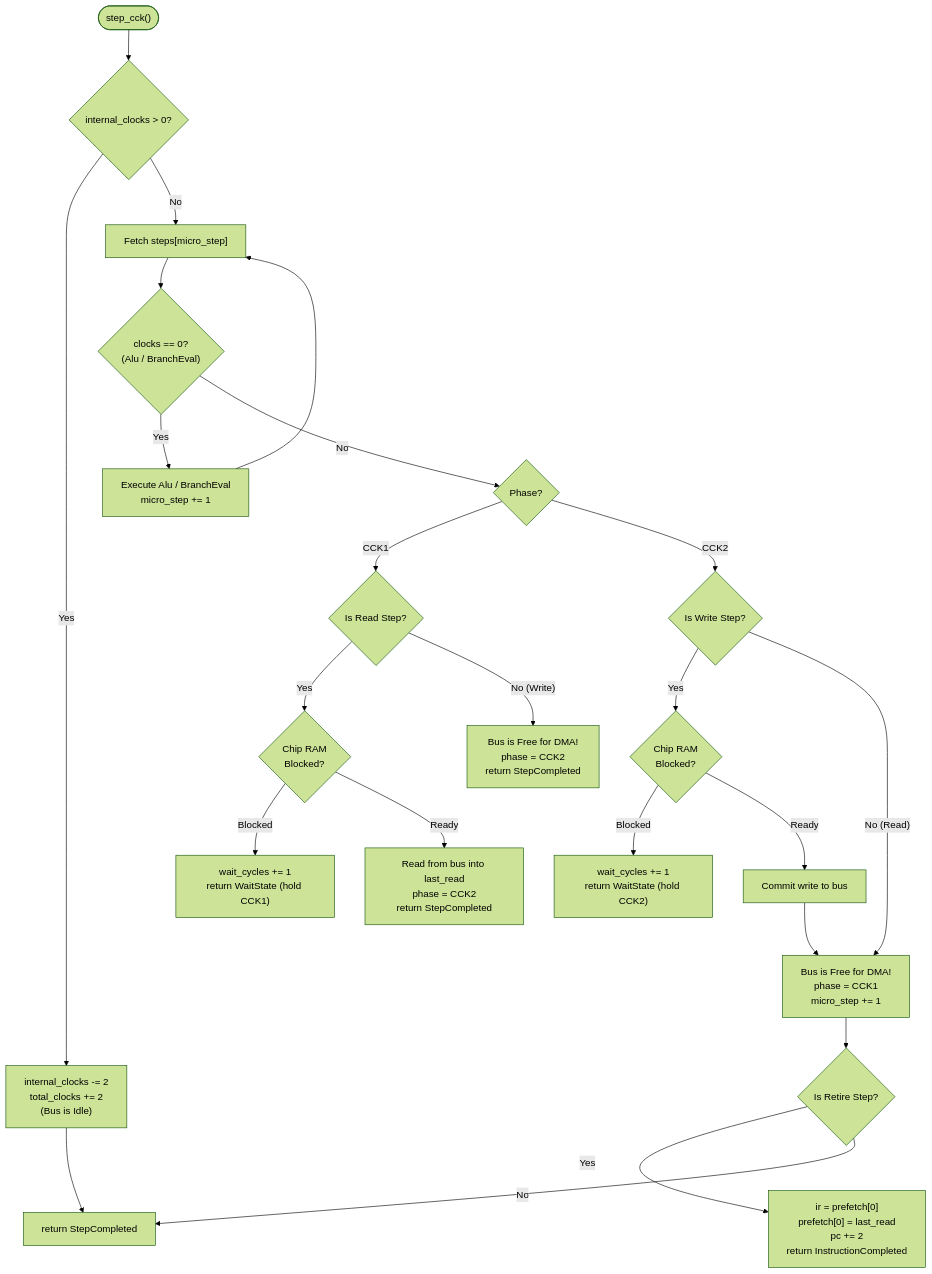
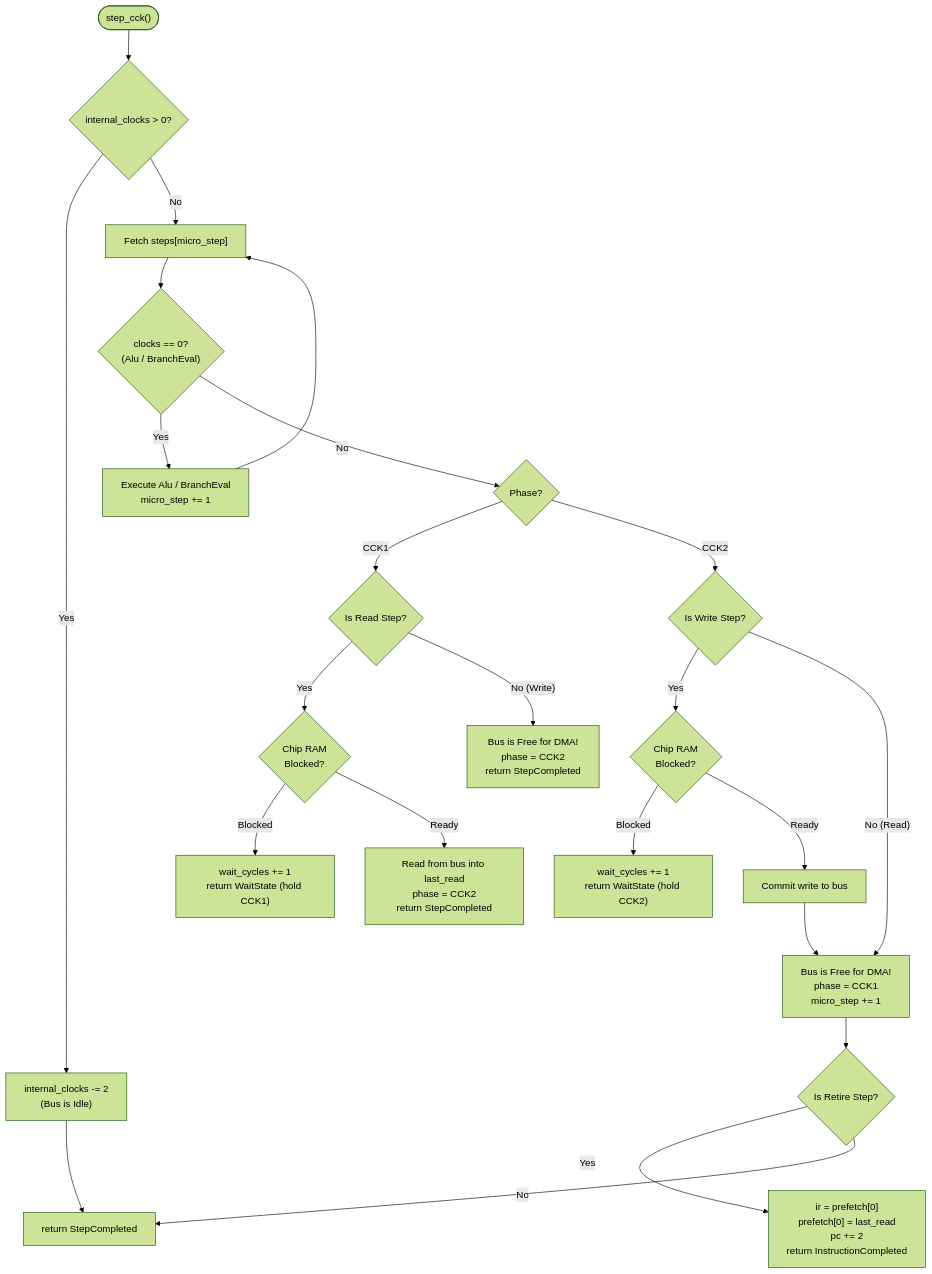
The fourth of 4 diagrams in Obsidian/Amiga/Design/CPU Micro-Step State Machine.md (tomek-anuszkiewicz/amiga-studio), drawn with Mermaid (forest theme) before and after one commit. The commit also changed 3 other files, not shown here.

Commit message:
feat: implement cycle-exact micro-step execution core and instruction dispatch architecture

````diff
--- a/Obsidian/Amiga/Design/CPU Micro-Step State Machine.md
+++ b/Obsidian/Amiga/Design/CPU Micro-Step State Machine.md
@@ -501,28 +501,28 @@
 ```mermaid
 flowchart TD
     Start(["step_cck()"]) --> CheckInternal{"internal_clocks > 0?"}
     
-    CheckInternal -- Yes --> DecClocks["internal_clocks -= 2<br/>total_clocks += 2<br/>(Bus is Idle)"] --> RetStep["return StepCompleted"]
+    CheckInternal -- Yes --> DecClocks["internal_clocks -= 2<br/>(Bus is Idle)"] --> RetStep["return StepCompleted"]
     CheckInternal -- No --> FetchStep["Fetch steps[micro_step]"]
     
     FetchStep --> IsZeroCycle{"clocks == 0?<br/>(Alu / BranchEval)"}
     IsZeroCycle -- Yes --> ExecZero["Execute Alu / BranchEval<br/>micro_step += 1"] --> FetchStep
     
     IsZeroCycle -- No --> PhaseCheck{"Phase?"}
     
     PhaseCheck -- CCK1 --> ReadCheck{"Is Read Step?"}
     ReadCheck -- Yes --> CheckContendR{"Chip RAM<br/>Blocked?"}
     CheckContendR -- Blocked --> Wait1["wait_cycles += 1<br/>return WaitState (hold CCK1)"]
     CheckContendR -- Ready --> LatchRead["Read from bus into last_read<br/>phase = CCK2<br/>return StepCompleted"]
     ReadCheck -- No (Write) --> FreeWrite["Bus is Free for DMA!<br/>phase = CCK2<br/>return StepCompleted"]
     
     PhaseCheck -- CCK2 --> WriteCheck{"Is Write Step?"}
     WriteCheck -- Yes --> CheckContendW{"Chip RAM<br/>Blocked?"}
     CheckContendW -- Blocked --> Wait2["wait_cycles += 1<br/>return WaitState (hold CCK2)"]
     CheckContendW -- Ready --> CommitWrite["Commit write to bus"] --> StepDone
     WriteCheck -- No (Read) --> StepDone["Bus is Free for DMA!<br/>phase = CCK1<br/>micro_step += 1"]
     
     StepDone --> CheckRetire{"Is Retire Step?"}
     CheckRetire -- Yes --> Retire["ir = prefetch[0]<br/>prefetch[0] = last_read<br/>pc += 2<br/>return InstructionCompleted"]
     CheckRetire -- No --> RetStep
 ```
````
